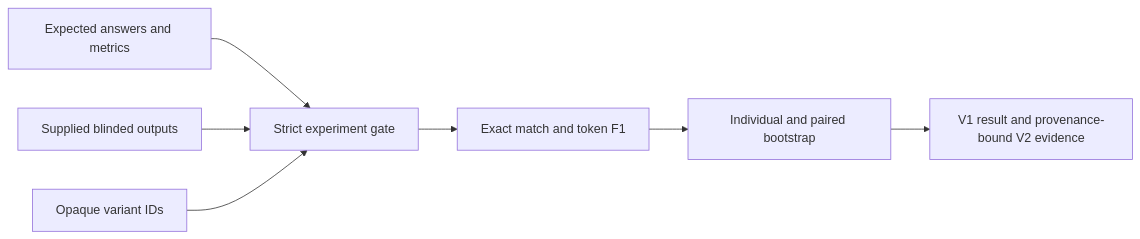
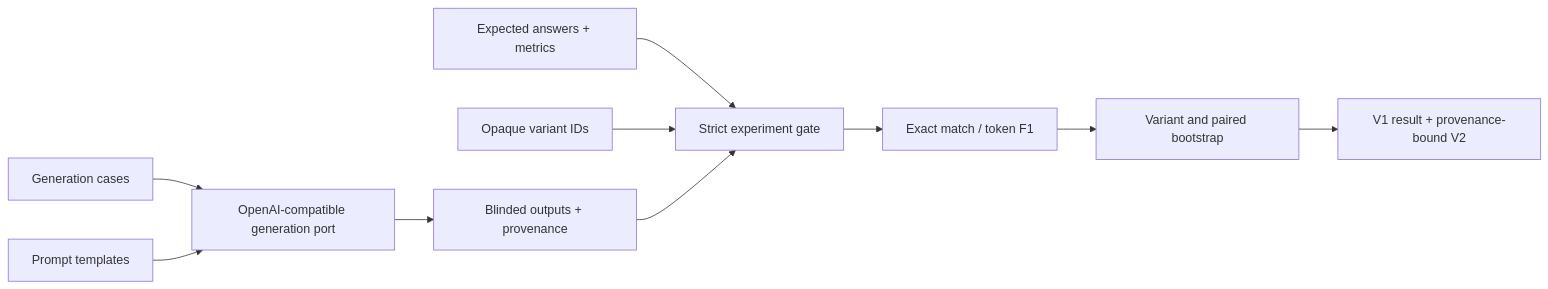
One commit to Brilhante29/prompt-ab-testing changed the diagram in README.md. Above: the diagram before and after it, drawn with Mermaid. The commit also changed other lines of this file and 16 other files, not shown here.

Commit message:
feat: publish real local LLM prompt experiment

````diff
--- a/README.md
+++ b/README.md
@@ -37,9 +42,12 @@
 ```mermaid
 flowchart LR
-  Cases["Expected answers and metrics"] --> Gate["Strict experiment gate"]
-  Outputs["Supplied blinded outputs"] --> Gate
+  Input["Generation cases"] --> Port["OpenAI-compatible generation port"]
+  Prompt["Prompt templates"] --> Port
+  Port --> Artifact["Blinded outputs + provenance"]
+  Expected["Expected answers + metrics"] --> Gate["Strict experiment gate"]
   IDs["Opaque variant IDs"] --> Gate
-  Gate --> Eval["Exact match and token F1"]
-  Eval --> Bootstrap["Individual and paired bootstrap"]
-  Bootstrap --> Result["V1 result and provenance-bound V2 evidence"]
+  Artifact --> Gate
+  Gate --> Core["Exact match / token F1"]
+  Core --> Stats["Variant and paired bootstrap"]
+  Stats --> Evidence["V1 result + provenance-bound V2"]
 ```
````
